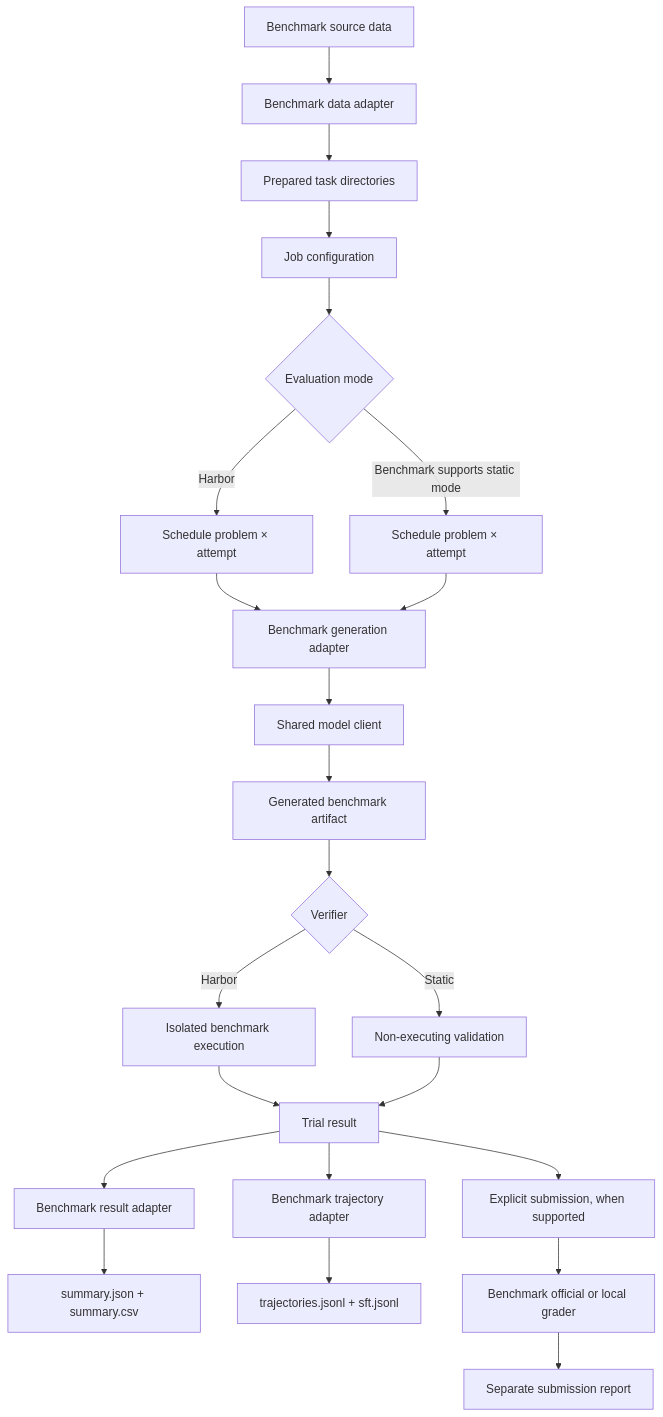
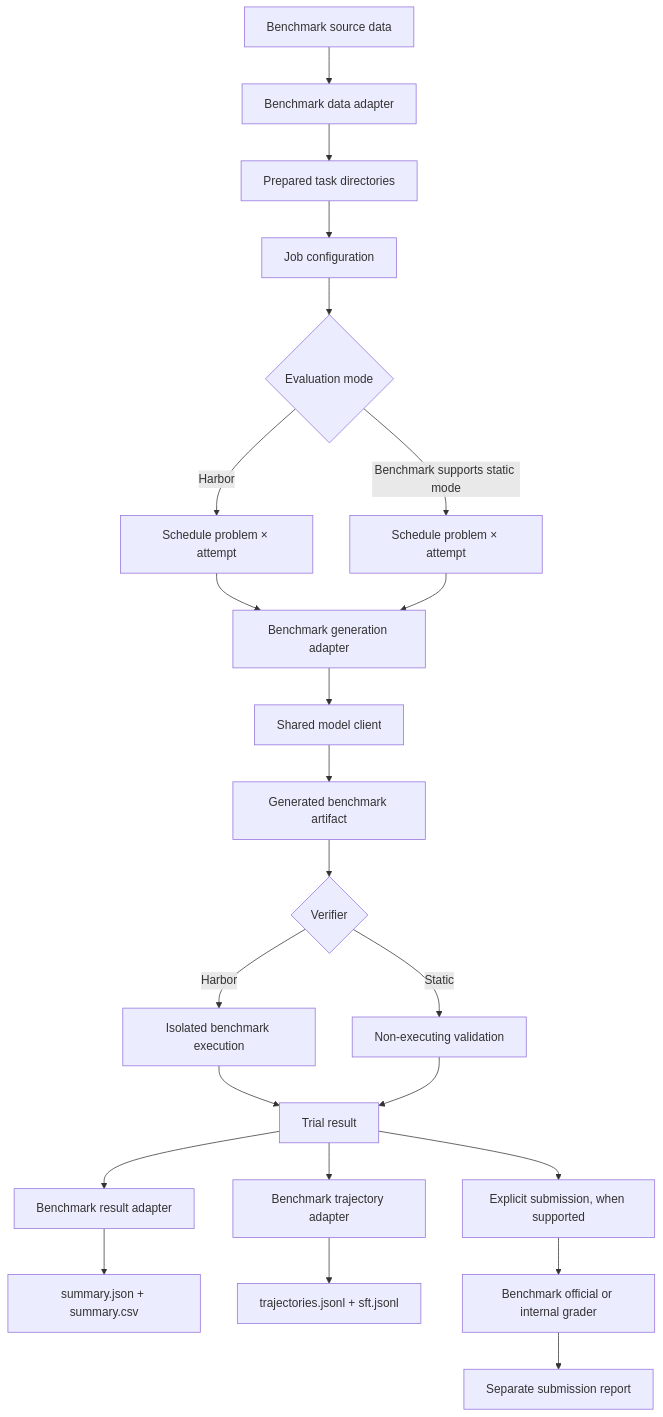
Before and after one commit to CATL-21CLab-SCIAGI/ddsr-bench: the diagram in PIPELINE.md, drawn with Mermaid. The commit also changed other lines of this file and 19 other files, not shown here.

````diff
--- a/PIPELINE.md
+++ b/PIPELINE.md
@@ -7,25 +7,25 @@
 ```mermaid
 flowchart TD
     A["Benchmark source data"] --> B["Benchmark data adapter"]
     B --> C["Prepared task directories"]
     C --> D["Job configuration"]
     D --> E{"Evaluation mode"}
     E -->|"Harbor"| F["Schedule problem × attempt"]
     E -->|"Benchmark supports static mode"| G["Schedule problem × attempt"]
     F --> H["Benchmark generation adapter"]
     G --> H
     H --> I["Shared model client"]
     I --> J["Generated benchmark artifact"]
     J --> K{"Verifier"}
     K -->|"Harbor"| L["Isolated benchmark execution"]
     K -->|"Static"| M["Non-executing validation"]
     L --> N["Trial result"]
     M --> N
     N --> O["Benchmark result adapter"]
     O --> P["summary.json + summary.csv"]
     N --> Q["Benchmark trajectory adapter"]
     Q --> R["trajectories.jsonl + sft.jsonl"]
     N --> S["Explicit submission, when supported"]
-    S --> T["Benchmark official or local grader"]
+    S --> T["Benchmark official or internal grader"]
     T --> U["Separate submission report"]
 ```
````
